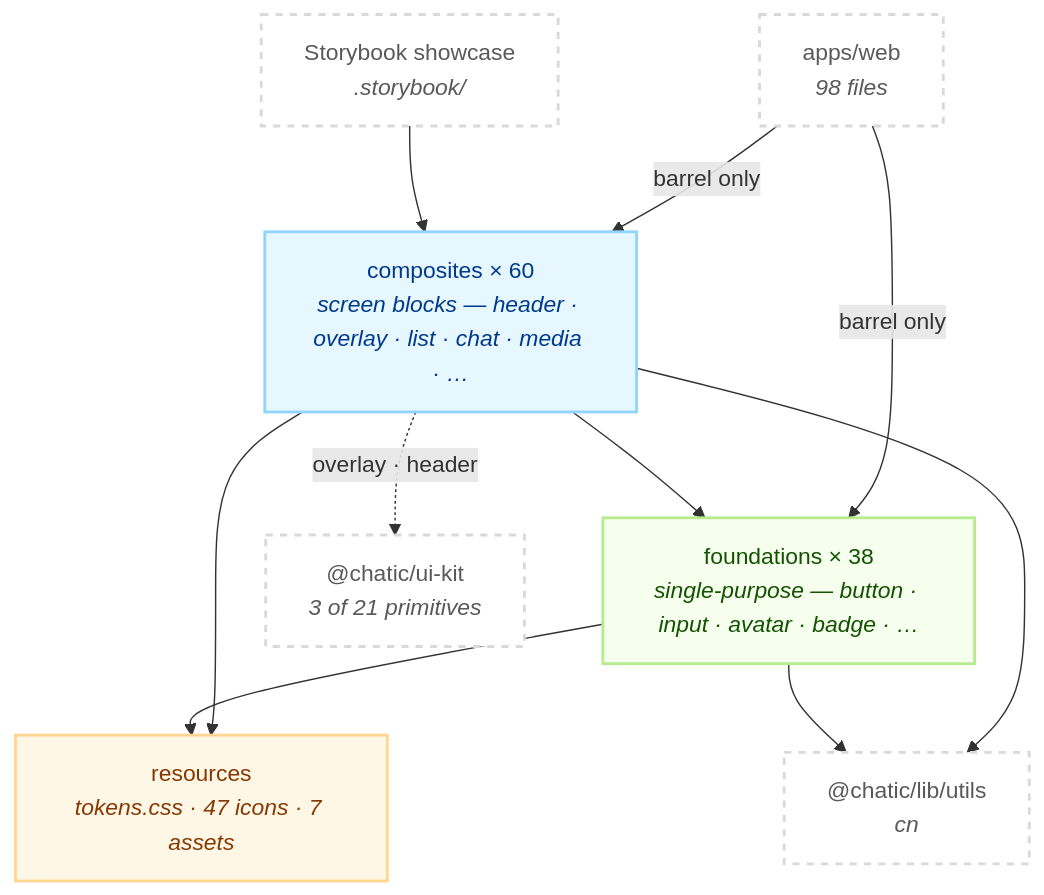
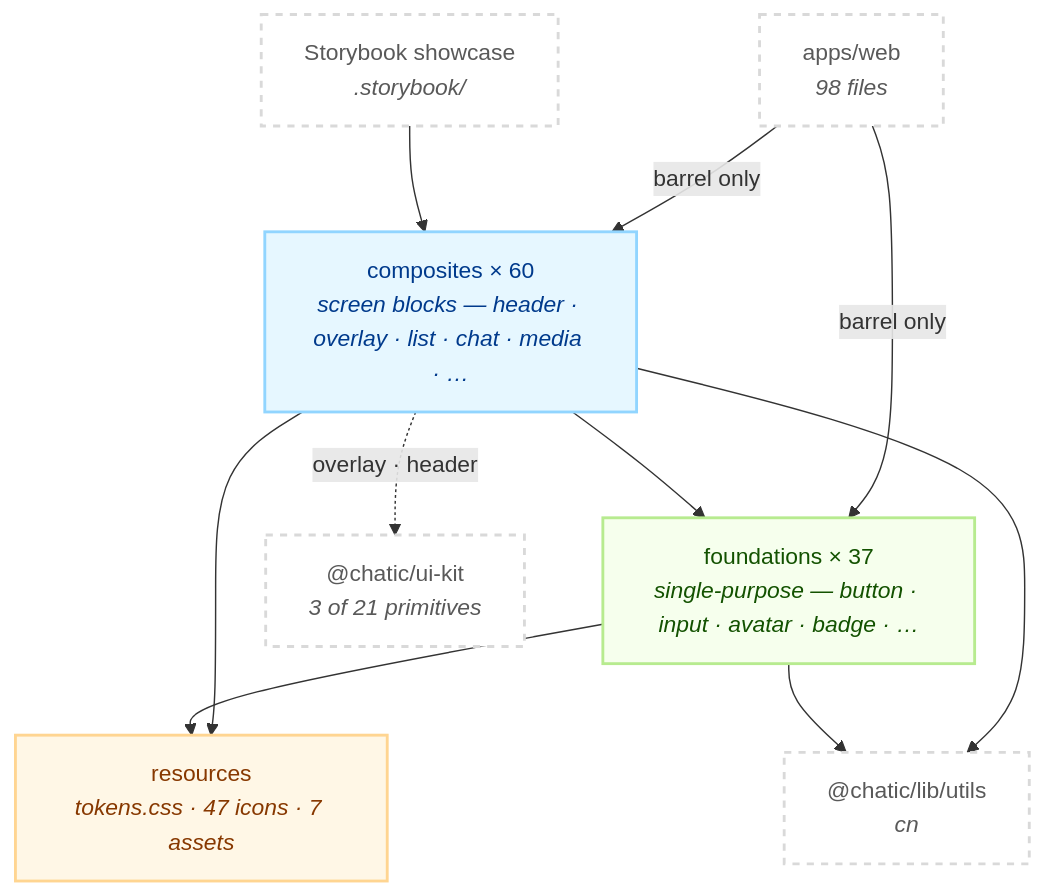
Before and after one commit to lemoncloud-io/dou-app: the first of 2 diagrams in libs/web-ui-kit/README.md, drawn with Mermaid. The commit also changed other lines of this file and 11 other files, not shown here.

````diff
--- a/libs/web-ui-kit/README.md
+++ b/libs/web-ui-kit/README.md
@@ -116,27 +116,27 @@
 ```mermaid
 flowchart TD
     classDef comp fill:#e6f7ff,stroke:#91d5ff,stroke-width:2px,color:#003a8c;
     classDef found fill:#f6ffed,stroke:#b7eb8f,stroke-width:2px,color:#135200;
     classDef res fill:#fff7e6,stroke:#ffd591,stroke-width:2px,color:#873800;
     classDef ext fill:#ffffff,stroke:#d9d9d9,stroke-width:2px,color:#595959,stroke-dasharray: 5 5;
 
     App["apps/web<br/><i>98 files</i>"]:::ext
     SB["Storybook showcase<br/><i>.storybook/</i>"]:::ext
 
     C["composites × 60<br/><i>screen blocks — header · overlay · list · chat · media · …</i>"]:::comp
-    F["foundations × 38<br/><i>single-purpose — button · input · avatar · badge · …</i>"]:::found
+    F["foundations × 37<br/><i>single-purpose — button · input · avatar · badge · …</i>"]:::found
     R["resources<br/><i>tokens.css · 47 icons · 7 assets</i>"]:::res
 
     UK["@chatic/ui-kit<br/><i>3 of 21 primitives</i>"]:::ext
     CN["@chatic/lib/utils<br/><i>cn</i>"]:::ext
 
     App -->|"barrel only"| C
     App -->|"barrel only"| F
     SB --> C
     C --> F
     C --> R
     F --> R
     C -.->|"overlay · header"| UK
     C --> CN
     F --> CN
 ```
````
